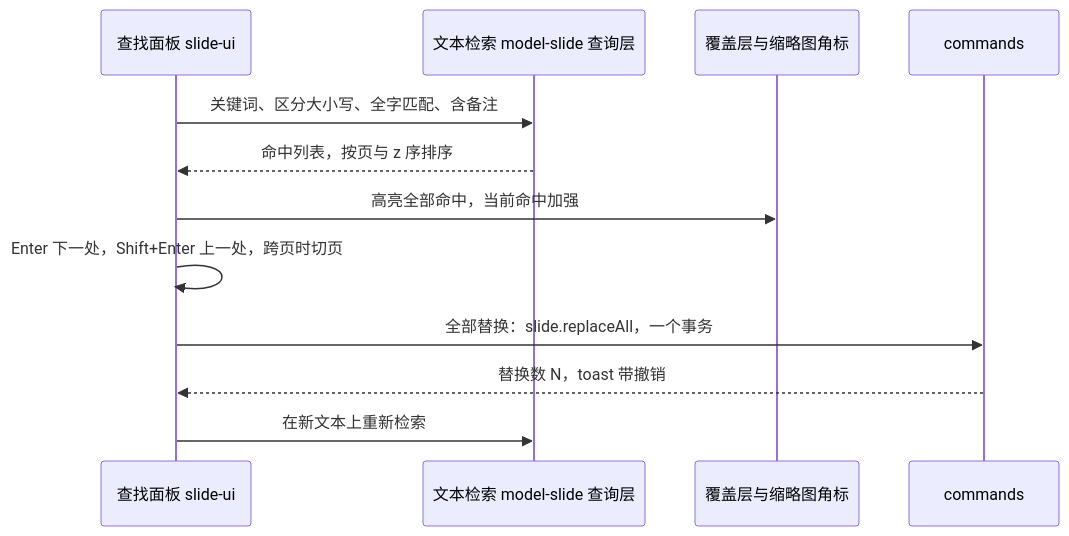
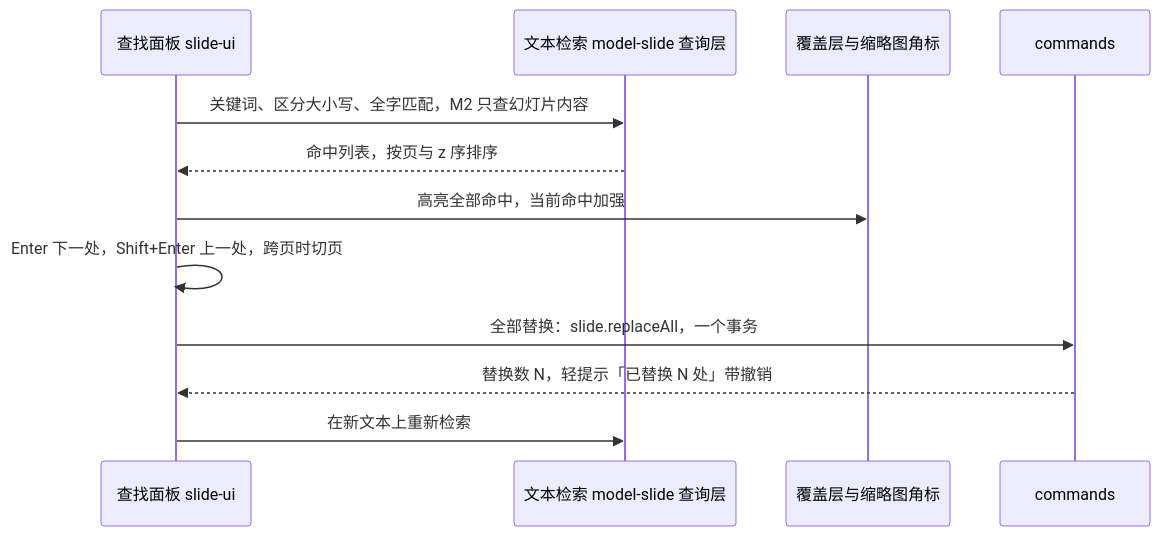
One commit to Xeonice/cordis-ppt-editor changed diagram 21 of 35 in docs/50-frontend/18-editor-capabilities.md. Above: the diagram before and after it, drawn with Mermaid. The commit also changed other lines of this file and 25 other files, not shown here.

````diff
--- a/docs/50-frontend/18-editor-capabilities.md
+++ b/docs/50-frontend/18-editor-capabilities.md
@@ -979,14 +998,14 @@
 ```mermaid
 sequenceDiagram
   participant P as 查找面板 slide-ui
   participant Q as 文本检索 model-slide 查询层
   participant O as 覆盖层与缩略图角标
   participant C as commands
-  P->>Q: 关键词、区分大小写、全字匹配、含备注
+  P->>Q: 关键词、区分大小写、全字匹配，M2 只查幻灯片内容
   Q-->>P: 命中列表，按页与 z 序排序
   P->>O: 高亮全部命中，当前命中加强
   P->>P: Enter 下一处，Shift+Enter 上一处，跨页时切页
   P->>C: 全部替换：slide.replaceAll，一个事务
-  C-->>P: 替换数 N，toast 带撤销
+  C-->>P: 替换数 N，轻提示「已替换 N 处」带撤销
   P->>Q: 在新文本上重新检索
 ```
````
